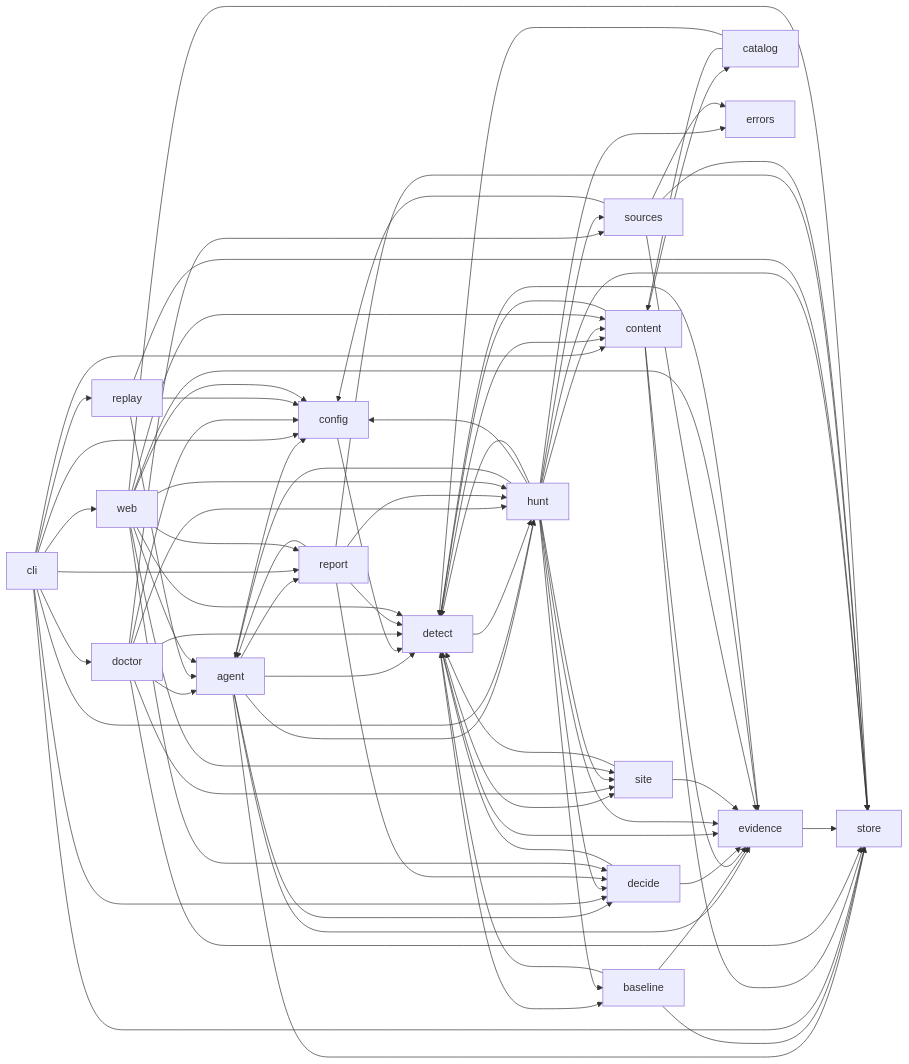
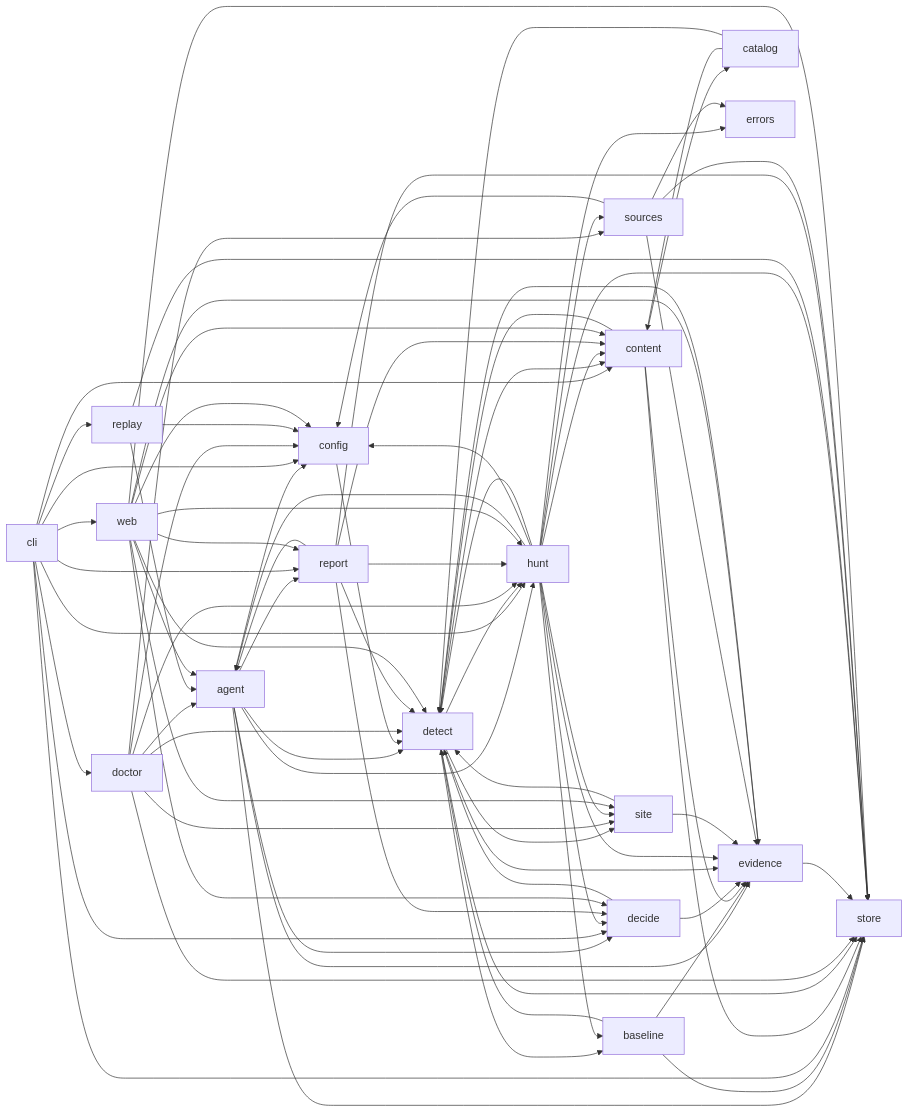
Before and after one commit to nickthabib-cloud/ROMULUS: the diagram in docs/architecture/MODULE_MAP.md, drawn with Mermaid. The commit also changed other lines of this file and 64 other files, not shown here.

````diff
--- a/docs/architecture/MODULE_MAP.md
+++ b/docs/architecture/MODULE_MAP.md
@@ -239,80 +243,82 @@
 ```mermaid
 graph LR
   agent --> config
   agent --> decide
   agent --> detect
   agent --> evidence
   agent --> hunt
   agent --> report
   agent --> store
   baseline --> detect
   baseline --> evidence
   baseline --> store
   catalog --> content
   catalog --> detect
   cli --> config
   cli --> content
   cli --> decide
   cli --> doctor
   cli --> hunt
   cli --> replay
   cli --> report
   cli --> store
   cli --> web
   config --> detect
   content --> catalog
   content --> detect
   content --> evidence
   content --> store
   decide --> detect
   decide --> evidence
   detect --> baseline
   detect --> content
   detect --> evidence
   detect --> hunt
   detect --> site
+  detect --> store
   doctor --> agent
   doctor --> config
   doctor --> detect
   doctor --> hunt
   doctor --> site
   doctor --> sources
   doctor --> store
   evidence --> detect
   evidence --> store
   hunt --> agent
   hunt --> baseline
   hunt --> config
   hunt --> content
   hunt --> decide
   hunt --> detect
   hunt --> errors
   hunt --> evidence
   hunt --> site
   hunt --> sources
   hunt --> store
   replay --> agent
   replay --> config
   replay --> store
   report --> agent
+  report --> content
   report --> decide
   report --> detect
   report --> hunt
   report --> store
   site --> detect
   site --> evidence
   sources --> config
   sources --> errors
   sources --> evidence
   sources --> store
   web --> agent
   web --> config
   web --> content
   web --> decide
   web --> detect
   web --> evidence
   web --> hunt
   web --> report
   web --> site
   web --> store
 ```
````
